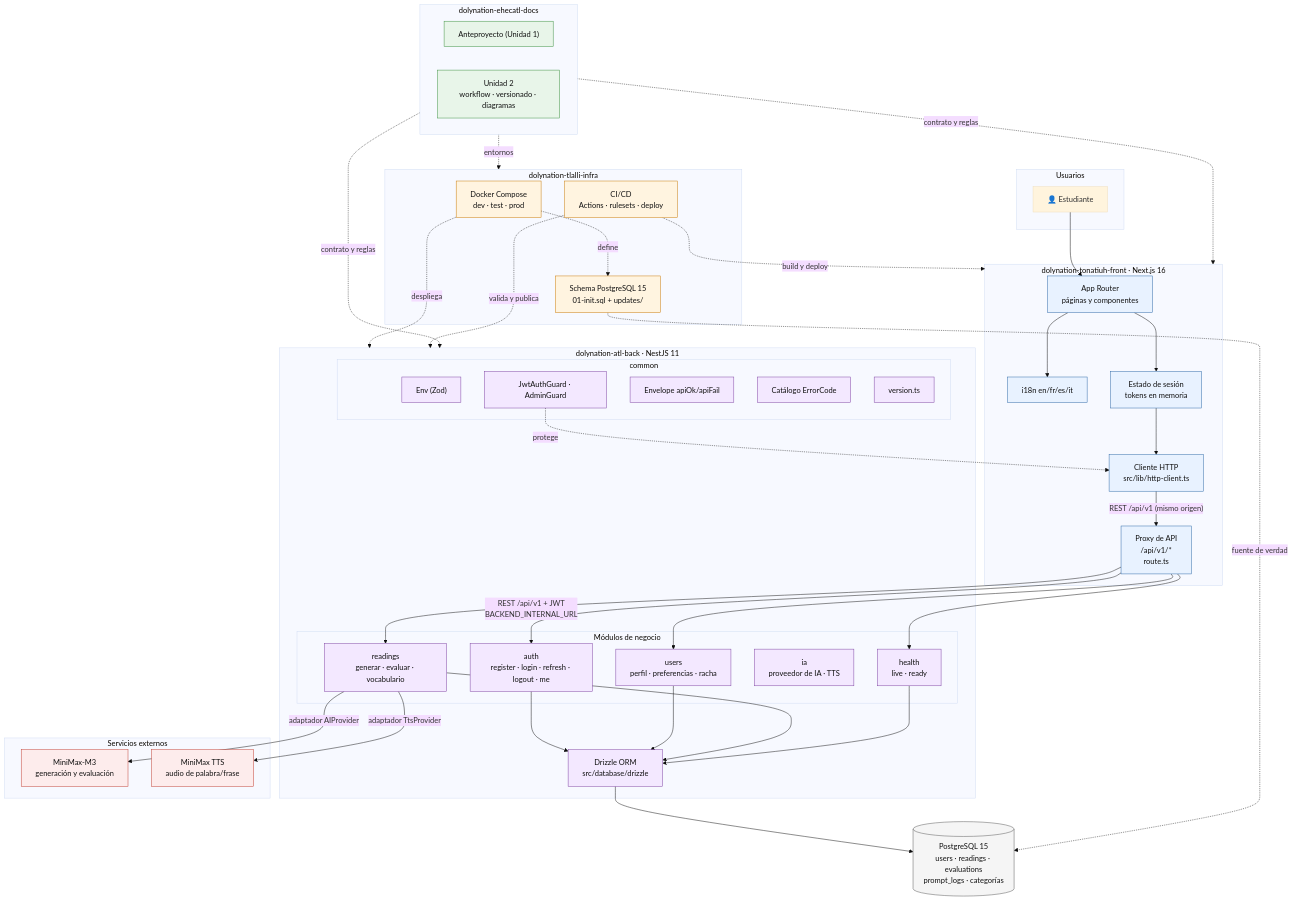
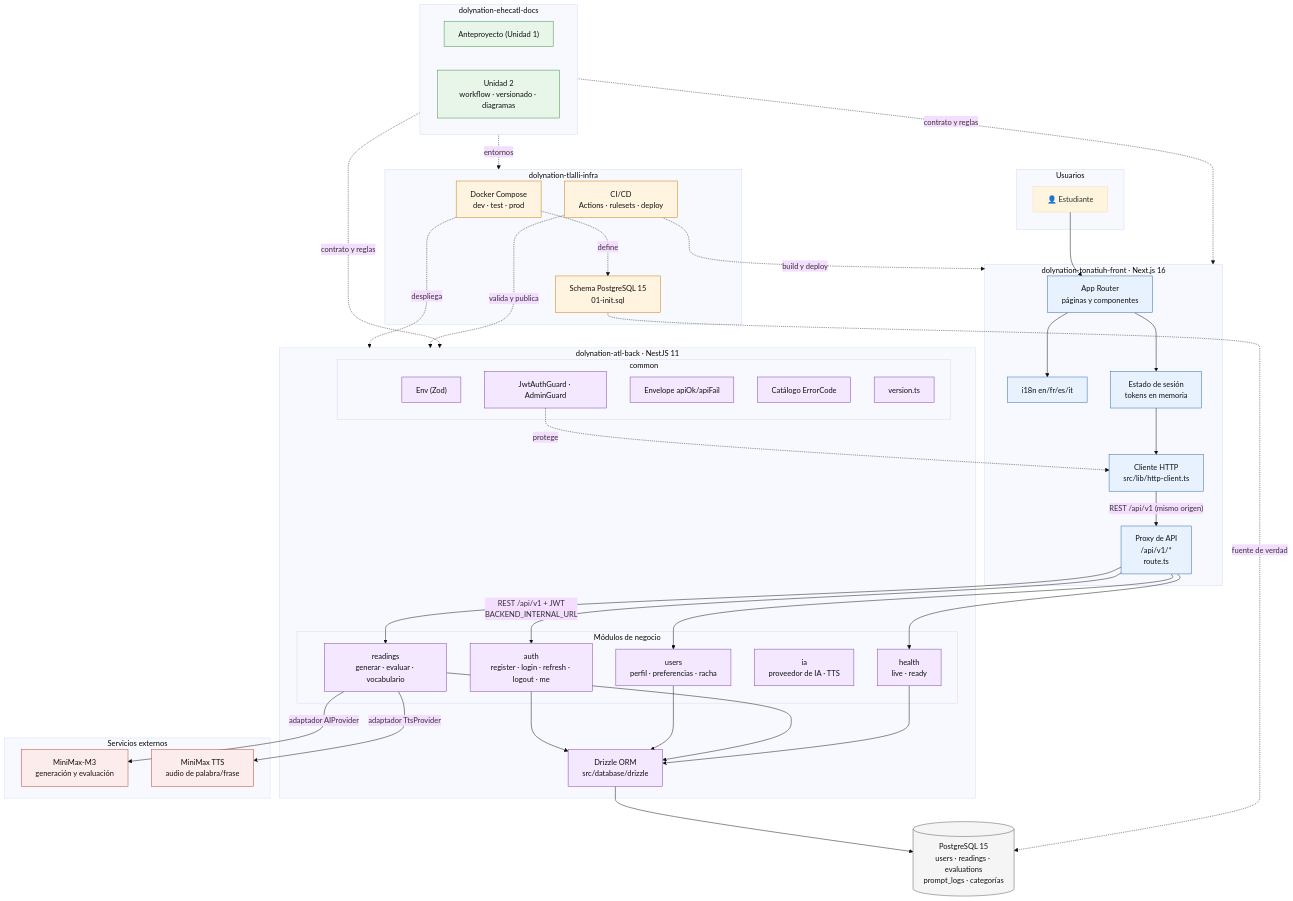
One commit to DolyLanguagesORG/dolynation-ehecatl-docs changed the diagram in diagrams/diagrama-de-arquitectura.md. Above: the diagram before and after it, drawn with Mermaid (base theme). The commit also changed 9 other files, not shown here.

```diff
--- a/diagrams/diagrama-de-arquitectura.md
+++ b/diagrams/diagrama-de-arquitectura.md
@@ -37,7 +37,7 @@
 
     subgraph INFRA["dolynation-tlalli-infra"]
         COMPOSE["Docker Compose<br/>dev · test · prod"]
-        SCHEMA["Schema PostgreSQL 15<br/>01-init.sql + updates/"]
+        SCHEMA["Schema PostgreSQL 15<br/>01-init.sql"]
         CI["CI/CD<br/>Actions · rulesets · deploy"]
     end
 
```
